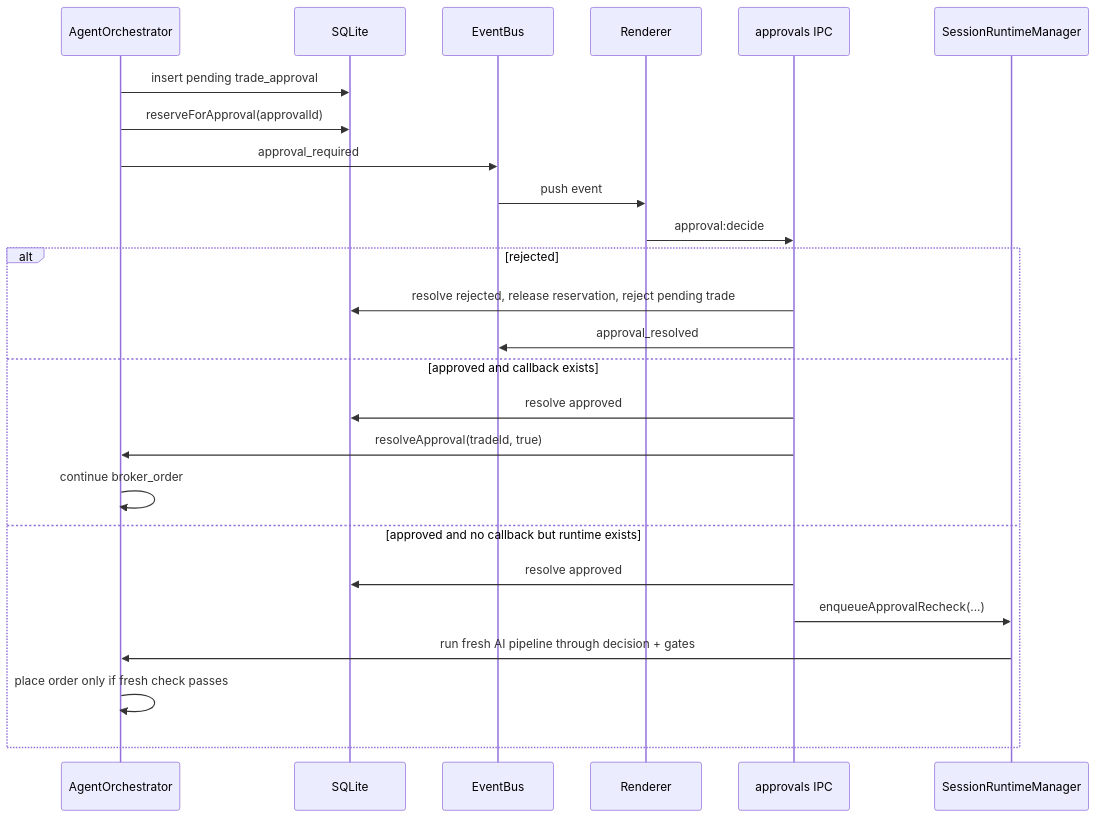
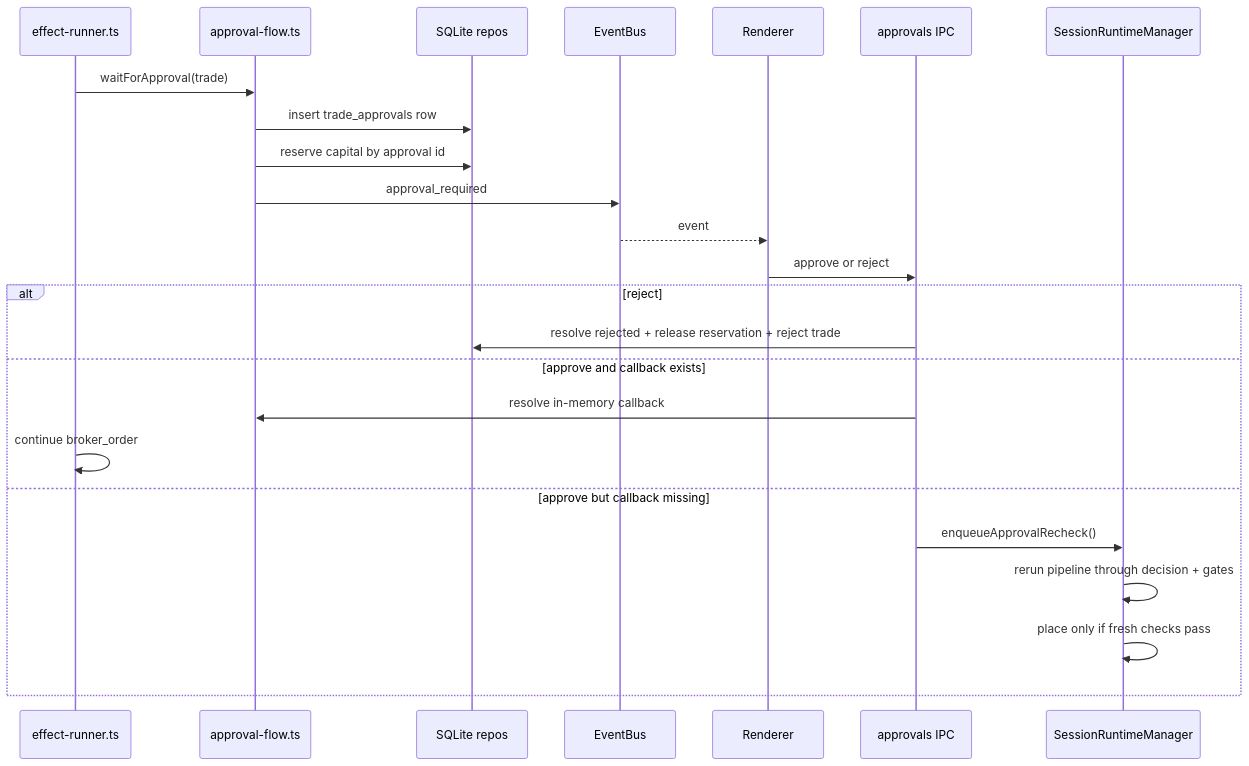
Before and after one commit to KennethAtchon/Exva: the eighth of 14 diagrams in docs/architecture/ai-runtime.md, drawn with Mermaid. The commit also changed other lines of this file and 11 other files, not shown here.

````diff
--- a/docs/architecture/ai-runtime.md
+++ b/docs/architecture/ai-runtime.md
@@ -372,28 +327,27 @@
 ```mermaid
 sequenceDiagram
-    participant AO as AgentOrchestrator
-    participant DB as SQLite
-    participant EB as EventBus
+    participant Effects as effect-runner.ts
+    participant Approval as approval-flow.ts
+    participant DB as SQLite repos
+    participant Bus as EventBus
     participant UI as Renderer
     participant IPC as approvals IPC
-    participant SRM as SessionRuntimeManager
+    participant Runtime as SessionRuntimeManager
 
-    AO->>DB: insert pending trade_approval
-    AO->>DB: reserveForApproval(approvalId)
-    AO->>EB: approval_required
-    EB->>UI: push event
-    UI->>IPC: approval:decide
-    alt rejected
-        IPC->>DB: resolve rejected, release reservation, reject pending trade
-        IPC->>EB: approval_resolved
-    else approved and callback exists
-        IPC->>DB: resolve approved
-        IPC->>AO: resolveApproval(tradeId, true)
-        AO->>AO: continue broker_order
-    else approved and no callback but runtime exists
-        IPC->>DB: resolve approved
-        IPC->>SRM: enqueueApprovalRecheck(...)
-        SRM->>AO: run fresh AI pipeline through decision + gates
-        AO->>AO: place order only if fresh check passes
+    Effects->>Approval: waitForApproval(trade)
+    Approval->>DB: insert trade_approvals row
+    Approval->>DB: reserve capital by approval id
+    Approval->>Bus: approval_required
+    Bus-->>UI: event
+    UI->>IPC: approve or reject
+    alt reject
+        IPC->>DB: resolve rejected + release reservation + reject trade
+    else approve and callback exists
+        IPC->>Approval: resolve in-memory callback
+        Effects->>Effects: continue broker_order
+    else approve but callback missing
+        IPC->>Runtime: enqueueApprovalRecheck()
+        Runtime->>Runtime: rerun pipeline through decision + gates
+        Runtime->>Runtime: place only if fresh checks pass
     end
 ```
````
